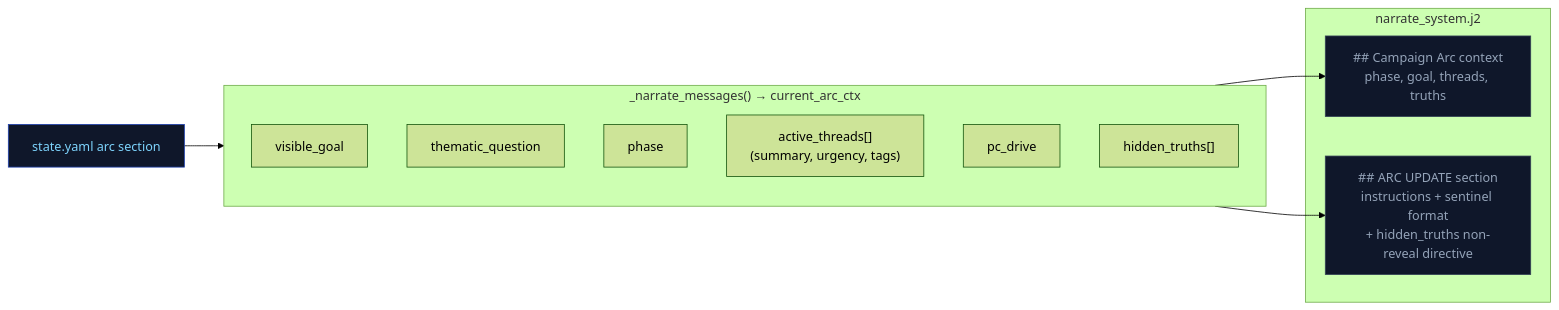
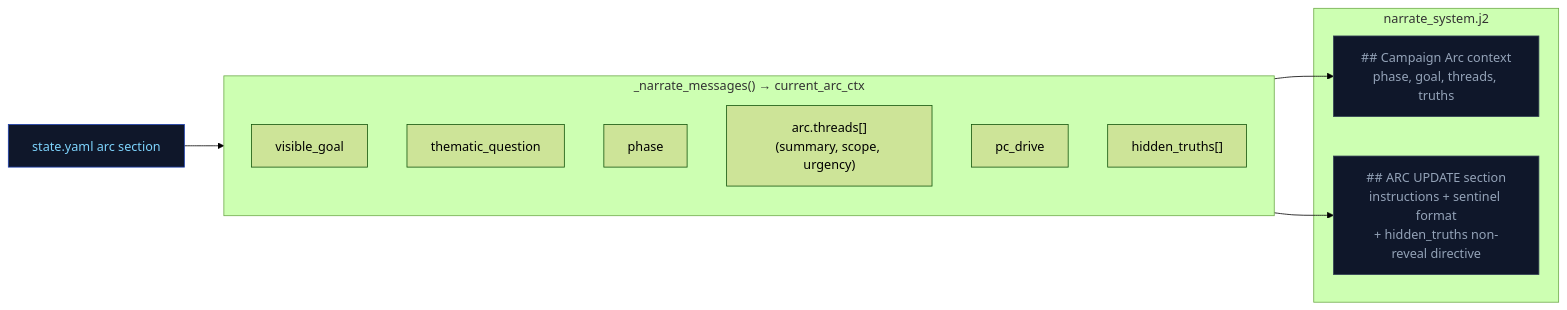
Diagram 14 of 17 in docs/ARCHITECTURE.md (pww217/fablethread), drawn with Mermaid (forest theme) before and after one commit. The commit also changed other lines of this file and 13 other files, not shown here.

````diff
--- a/docs/ARCHITECTURE.md
+++ b/docs/ARCHITECTURE.md
@@ -684,25 +630,25 @@
 ```mermaid
 flowchart LR
     classDef stateNode fill:#0f172a,color:#7dd3fc,stroke:#1e40af
     classDef ctxNode fill:#3b0764,color:#e9d5ff,stroke:#7c3aed
     classDef llmNode fill:#0f172a,color:#94a3b8,stroke:#334155
 
     STATE["state.yaml arc section"]:::stateNode
 
     subgraph CONTEXT["_narrate_messages() → current_arc_ctx"]
         C1["visible_goal"]
         C2["thematic_question"]
         C3["phase"]
-        C4["active_threads[]<br>(summary, urgency, tags)"]
+        C4["arc.threads[]<br>(summary, scope, urgency)"]
         C5["pc_drive"]
         C6["hidden_truths[]"]
     end
 
     subgraph PROMPT["narrate_system.j2"]
         P1["## Campaign Arc context<br>phase, goal, threads, truths"]:::llmNode
         P2["## ARC UPDATE section<br>instructions + sentinel format<br>+ hidden_truths non-reveal directive"]:::llmNode
     end
 
     STATE --> CONTEXT
     CONTEXT --> P1 & P2
 ```
````
